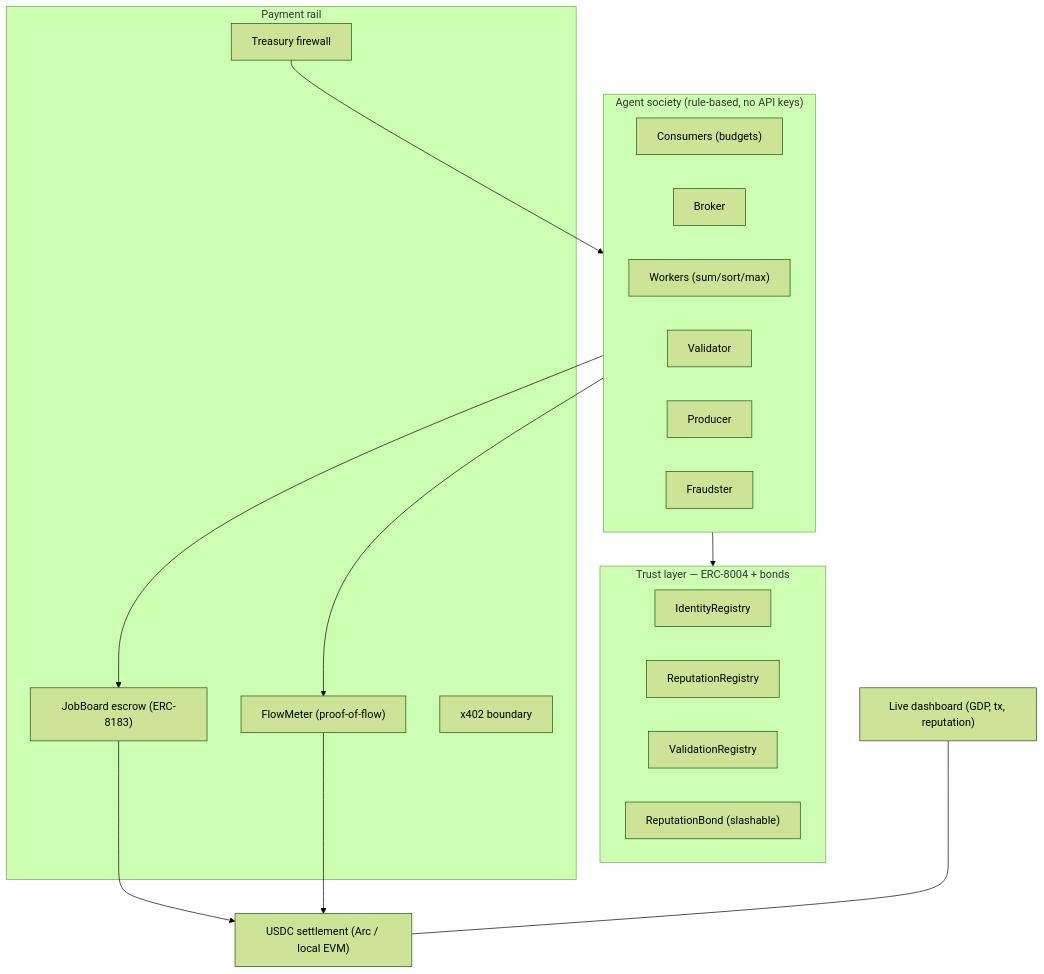
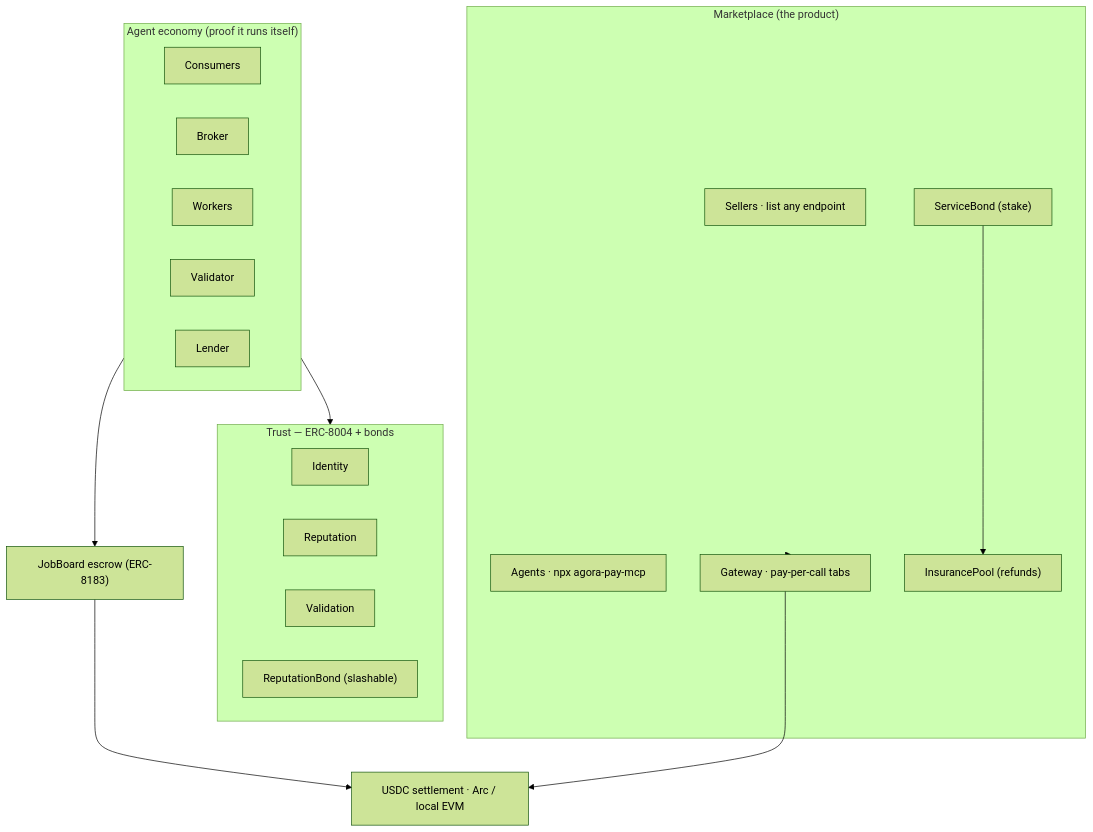
The diagram in README.md (Ritik200238/agora), drawn with Mermaid (forest theme) before and after one commit. The commit also changed other lines of this file and 7 other files, not shown here.

````diff
--- a/README.md
+++ b/README.md
@@ -78,18 +127,17 @@
 ```mermaid
 flowchart TB
-  subgraph Agents["Agent society (rule-based, no API keys)"]
-    CONS["Consumers (budgets)"]; BROK["Broker"]; WORK["Workers (sum/sort/max)"]
-    VAL["Validator"]; PROD["Producer"]; FRAUD["Fraudster"]
+  subgraph Market["Marketplace (the product)"]
+    SELL["Sellers · list any endpoint"]; MCP["Agents · npx agora-pay-mcp"]; GW["Gateway · pay-per-call tabs"]
+    SB["ServiceBond (stake)"]; INS["InsurancePool (refunds)"]
   end
-  subgraph Trust["Trust layer — ERC-8004 + bonds"]
-    ID["IdentityRegistry"]; REP["ReputationRegistry"]; VR["ValidationRegistry"]; BOND["ReputationBond (slashable)"]
+  subgraph Agents["Agent economy (proof it runs itself)"]
+    CONS["Consumers"]; BROK["Broker"]; WORK["Workers"]; VAL["Validator"]; LEND["Lender"]
   end
-  subgraph Rail["Payment rail"]
-    JOB["JobBoard escrow (ERC-8183)"]; FM["FlowMeter (proof-of-flow)"]; X4["x402 boundary"]; FW["Treasury firewall"]
+  subgraph Trust["Trust — ERC-8004 + bonds"]
+    ID["Identity"]; REP["Reputation"]; VR["Validation"]; BOND["ReputationBond (slashable)"]
   end
-  Agents --> JOB --> ARC["USDC settlement (Arc / local EVM)"]
-  Agents --> FM --> ARC
+  Market --> GW --> ARC["USDC settlement · Arc / local EVM"]
+  Agents --> JOB["JobBoard escrow (ERC-8183)"] --> ARC
+  SB --> INS
   Agents --> Trust
-  FW --> Agents
-  DASH["Live dashboard (GDP, tx, reputation)"] --- ARC
 ```
````
